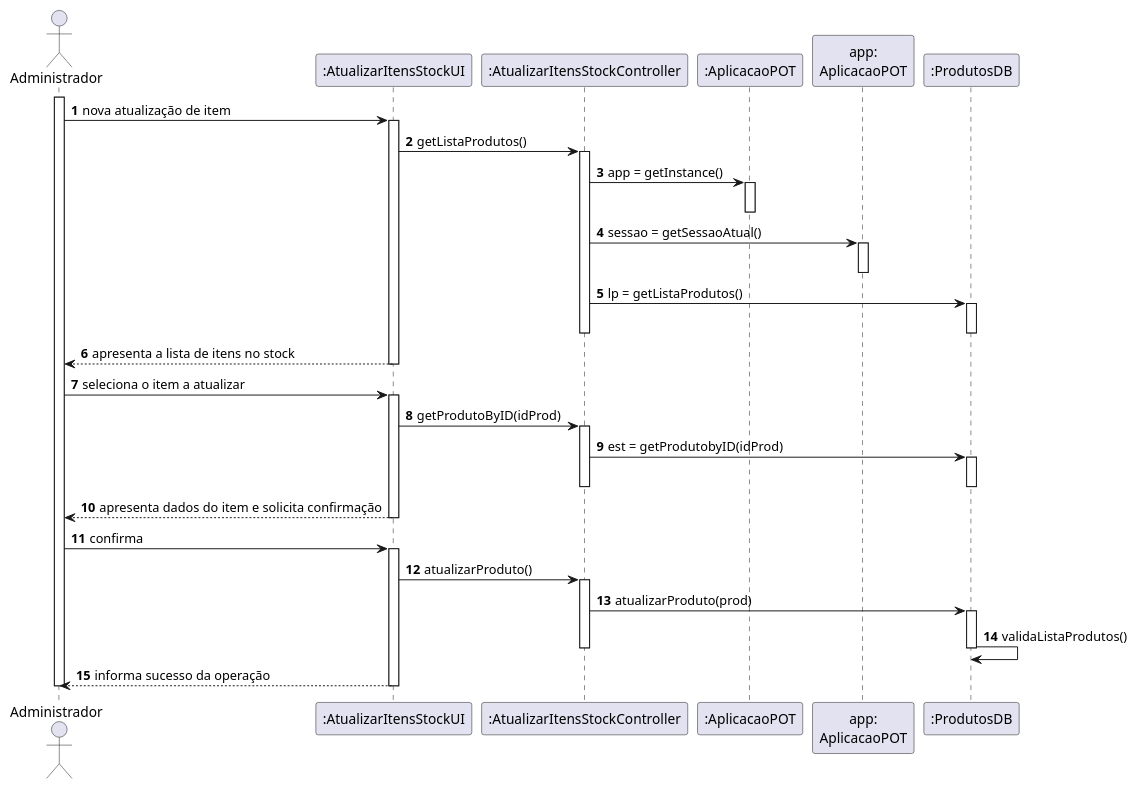
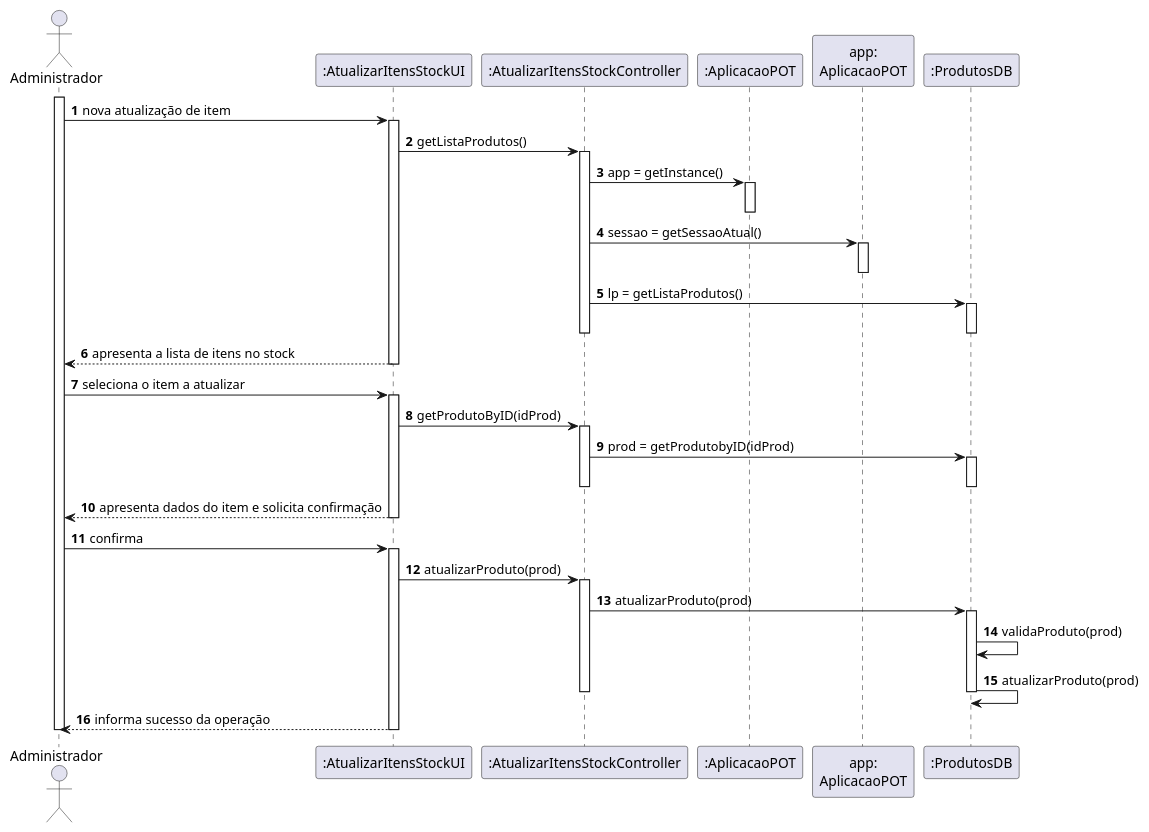
One commit to pedrolemos4/LAPR3 changed the diagram in docs/UC86/UC86_AtualizarItemStockSD.puml. Above: the diagram before and after it, drawn with PlantUML. The commit also changed 4 other files, not shown here.

```diff
--- a/docs/UC86/UC86_AtualizarItemStockSD.puml
+++ b/docs/UC86/UC86_AtualizarItemStockSD.puml
@@ -1,59 +1,61 @@
 @startuml
 autonumber
 
 actor "Administrador" as ADM
 participant ":AtualizarItensStockUI" as UI
 participant ":AtualizarItensStockController" as CTL
 participant ":AplicacaoPOT" as _APP
 participant "app:\nAplicacaoPOT" as APP
 participant ":ProdutosDB" as PDB
 
 activate ADM
 ADM -> UI : nova atualização de item
 activate UI
 UI -> CTL : getListaProdutos()
 activate CTL
 CTL -> _APP : app = getInstance()
 activate _APP
 deactivate _APP
 CTL -> APP : sessao = getSessaoAtual()
 activate APP
 deactivate APP
 
 CTL -> PDB : lp = getListaProdutos()
 activate PDB
 deactivate PDB
 
 deactivate CTL
 
 UI --> ADM : apresenta a lista de itens no stock
 deactivate UI
 ADM -> UI : seleciona o item a atualizar
 activate UI
 UI -> CTL : getProdutoByID(idProd)
 activate CTL
-CTL -> PDB : est = getProdutobyID(idProd)
+CTL -> PDB : prod = getProdutobyID(idProd)
 
 activate PDB
 deactivate PDB
 deactivate CTL
 UI --> ADM : apresenta dados do item e solicita confirmação
 deactivate UI
 ADM -> UI : confirma
 activate UI
-UI -> CTL : atualizarProduto()
+UI -> CTL : atualizarProduto(prod)
 
 activate CTL
 
 CTL -> PDB : atualizarProduto(prod)
 activate PDB
-PDB -> PDB : validaListaProdutos()
+PDB -> PDB : validaProduto(prod)
+
+PDB -> PDB : atualizarProduto(prod)
 
 
 deactivate PDB
 deactivate CTL
 
 UI --> ADM: informa sucesso da operação
 deactivate UI
 deactivate ADM
 @enduml
```
